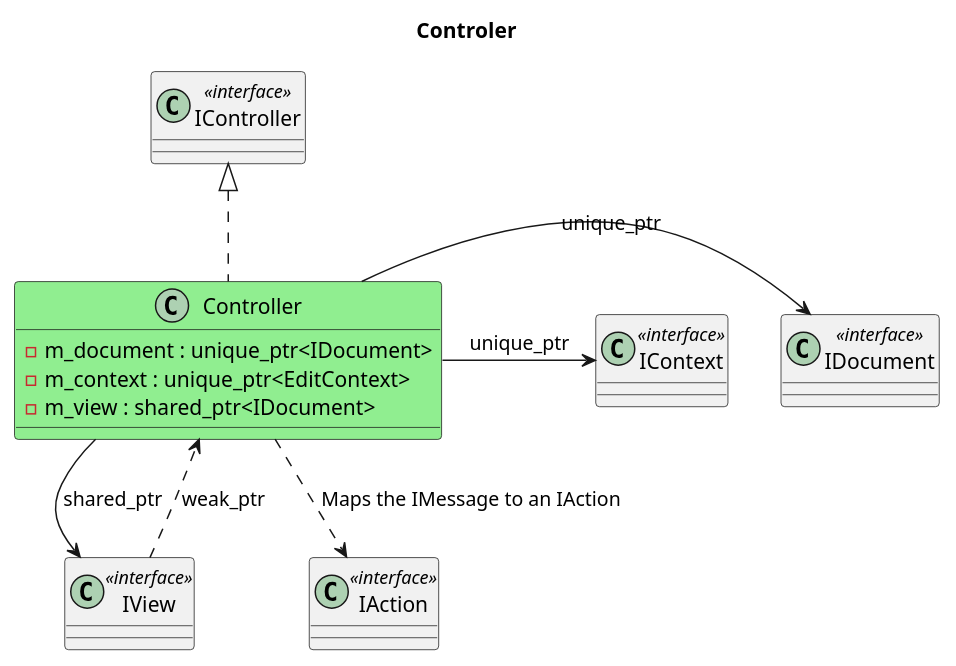
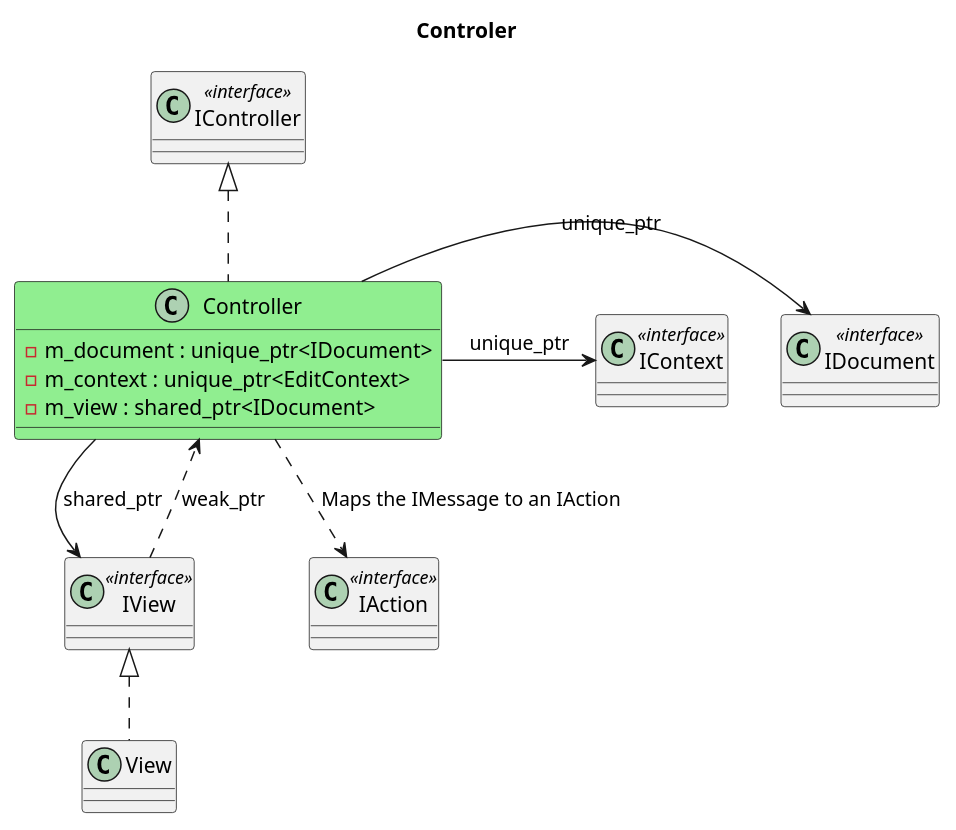
The diagram in Editor/plant_uml/controller.puml (CheskisVladimir/otus-2025), drawn with PlantUML before and after one commit. The commit also changed 6 other files, not shown here.

```diff
--- a/Editor/plant_uml/controller.puml
+++ b/Editor/plant_uml/controller.puml
@@ -1,50 +1,54 @@
 @startuml
 
 title Controler
 
 class IController <<interface>> {
 }
 
 class Controller #LightGreen {
   - m_document : unique_ptr<IDocument>
   - m_context : unique_ptr<EditContext>
   - m_view : shared_ptr<IDocument>
 }
 
+class IView <<interface>> {
+ 
+}
 class IView <<interface>> {
  
 }
 
 class IDocument <<interface>> {
  
 }
 
 class IContext <<interface>> {
  
 }
 
 class IAction <<interface>> {
  
 }
 
 
 
 
 Controller --> IView : shared_ptr
 IView ..> Controller : weak_ptr
 IController <|.. Controller
 Controller -> IDocument : unique_ptr
 Controller -> IContext : unique_ptr
 Controller ..> IAction : Maps the IMessage to an IAction 
+IView <|.. View
 
 'class AddPrimitiveAction {}
 'class RemovePrimitiveAction {}
 'class CompositeAction {}
 
 'IAction <|-- AddPrimitiveAction
 'IAction <|-- RemovePrimitiveAction
 'IAction <|-- CompositeAction
 
 
 
 @enduml
```
